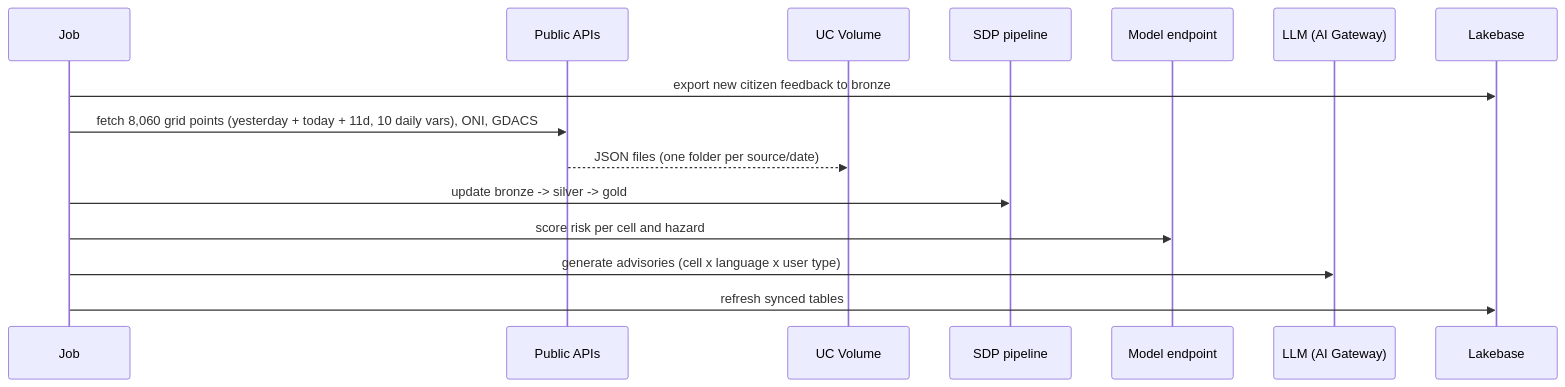
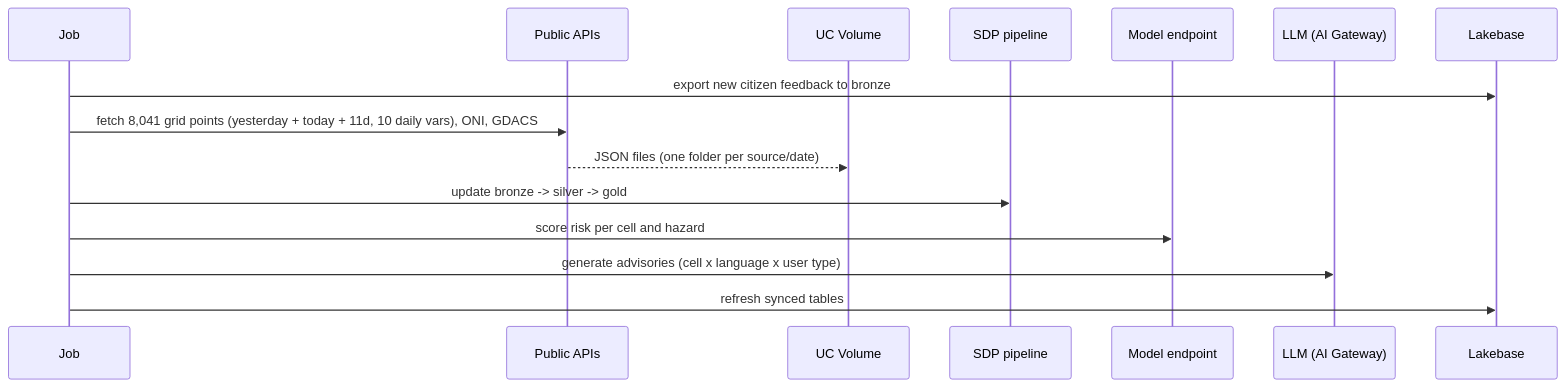
One commit to jose-alberto-salazar-jimenez/databricks_demos changed the third of 5 diagrams in e2e_industry_solutions/weather_forecast_warning_comms/ARCHITECTURE.md. Above: the diagram before and after it, drawn with Mermaid. The commit also changed other lines of this file and 23 other files, not shown here.

````diff
--- a/e2e_industry_solutions/weather_forecast_warning_comms/ARCHITECTURE.md
+++ b/e2e_industry_solutions/weather_forecast_warning_comms/ARCHITECTURE.md
@@ -52,17 +52,17 @@
 ```mermaid
 sequenceDiagram
   participant J as Job
   participant API as Public APIs
   participant V as UC Volume
   participant P as SDP pipeline
   participant M as Model endpoint
   participant L as LLM (AI Gateway)
   participant LB as Lakebase
   J->>LB: export new citizen feedback to bronze
-  J->>API: fetch 8,060 grid points (yesterday + today + 11d, 10 daily vars), ONI, GDACS
+  J->>API: fetch 8,041 grid points (yesterday + today + 11d, 10 daily vars), ONI, GDACS
   API-->>V: JSON files (one folder per source/date)
   J->>P: update bronze -> silver -> gold
   J->>M: score risk per cell and hazard
   J->>L: generate advisories (cell x language x user type)
   J->>LB: refresh synced tables
 ```
````
